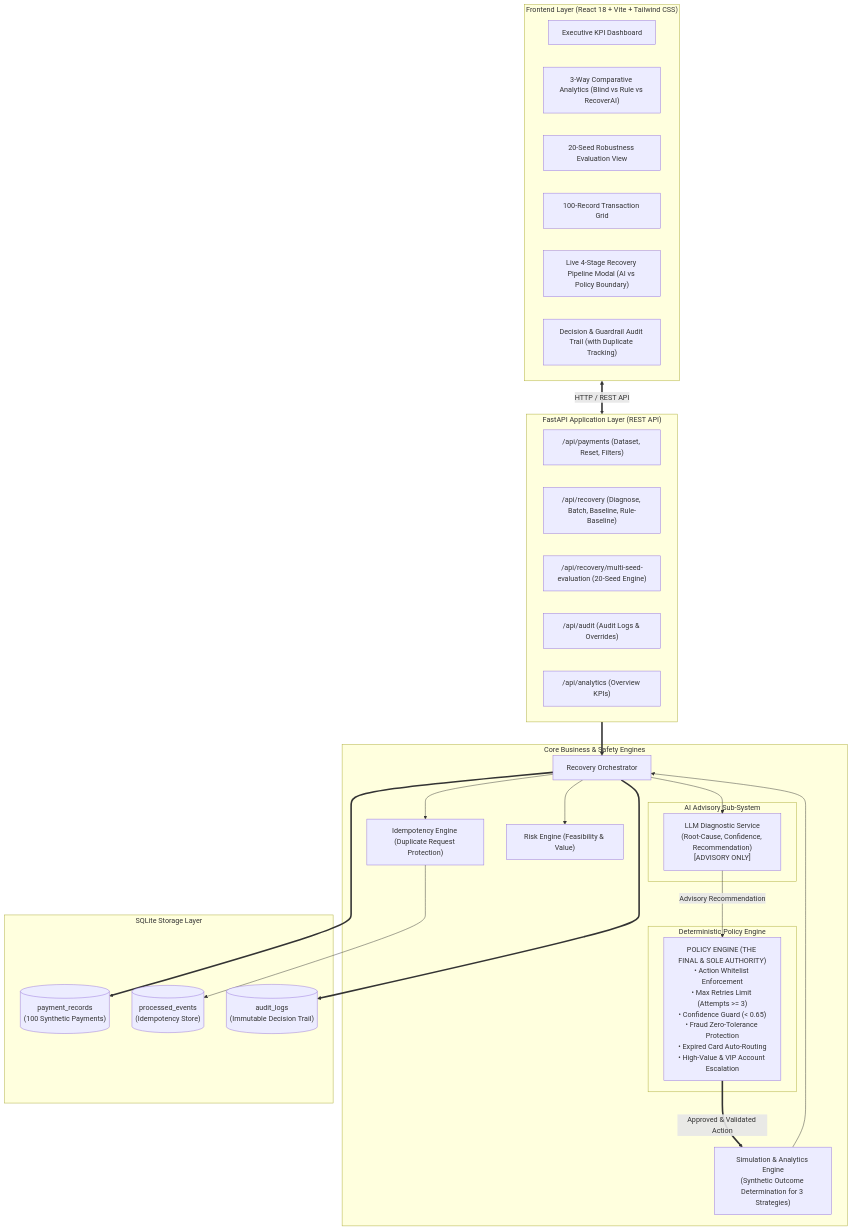
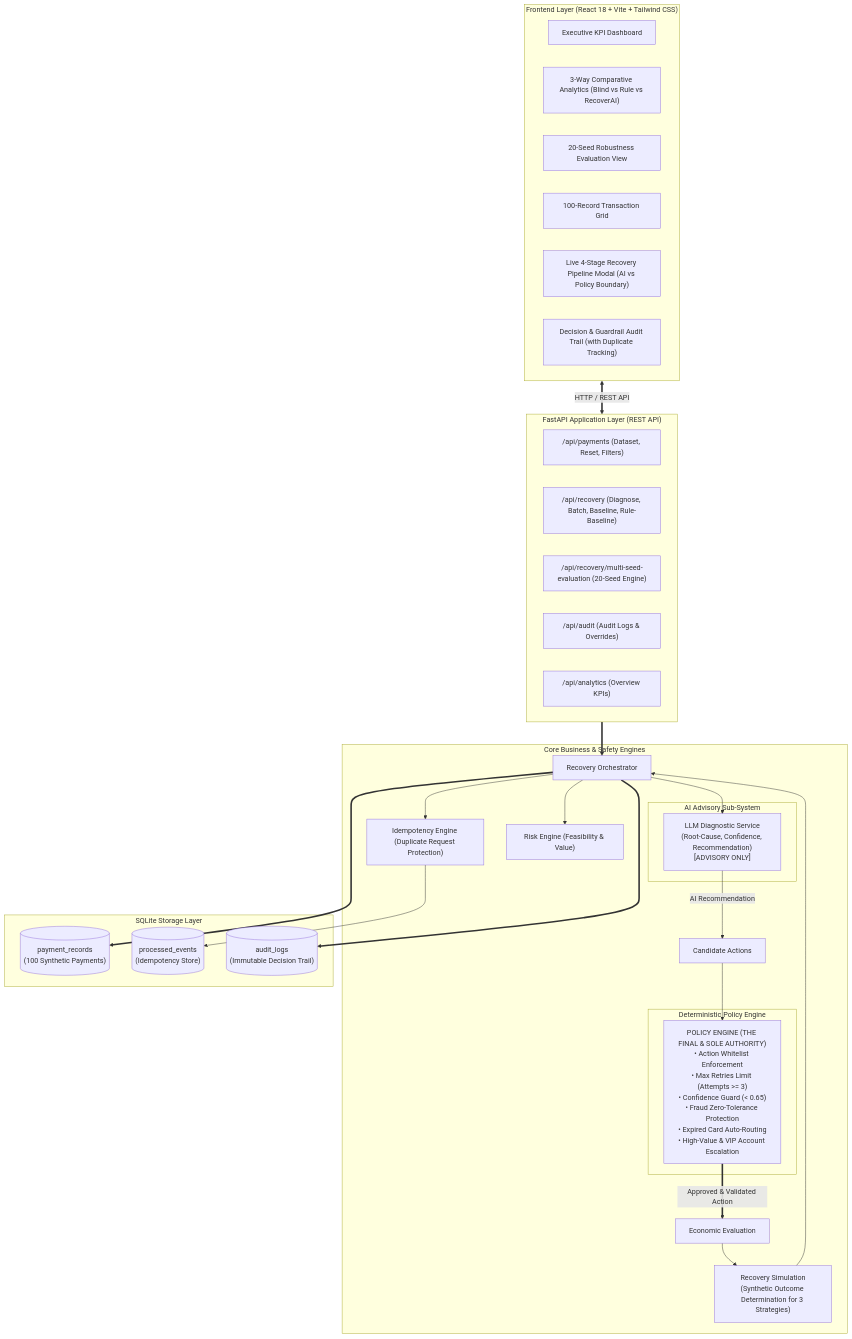
Before and after one commit to Saibikdey/RECOVERAI-P: the diagram in ARCHITECTURE.md, drawn with Mermaid. The commit also changed other lines of this file and 1 other file, not shown here.

````diff
--- a/ARCHITECTURE.md
+++ b/ARCHITECTURE.md
@@ -9,53 +9,57 @@
 ```mermaid
 flowchart TD
     subgraph Frontend_Layer ["Frontend Layer (React 18 + Vite + Tailwind CSS)"]
         UI_KPI["Executive KPI Dashboard"]
         UI_Comp["3-Way Comparative Analytics (Blind vs Rule vs RecoverAI)"]
         UI_Seed["20-Seed Robustness Evaluation View"]
         UI_Grid["100-Record Transaction Grid"]
         UI_Modal["Live 4-Stage Recovery Pipeline Modal (AI vs Policy Boundary)"]
         UI_Audit["Decision & Guardrail Audit Trail (with Duplicate Tracking)"]
     end
 
     subgraph API_Layer ["FastAPI Application Layer (REST API)"]
         API_Payments["/api/payments (Dataset, Reset, Filters)"]
         API_Recovery["/api/recovery (Diagnose, Batch, Baseline, Rule-Baseline)"]
         API_MultiSeed["/api/recovery/multi-seed-evaluation (20-Seed Engine)"]
         API_Audit["/api/audit (Audit Logs & Overrides)"]
         API_Analytics["/api/analytics (Overview KPIs)"]
     end
 
     subgraph Core_Engines ["Core Business & Safety Engines"]
         IDEMP["Idempotency Engine (Duplicate Request Protection)"]
         ORCH["Recovery Orchestrator"]
         RISK["Risk Engine (Feasibility & Value)"]
-        
+        CANDIDATES["Candidate Actions"]
+
         subgraph AI_Advisory ["AI Advisory Sub-System"]
             LLM["LLM Diagnostic Service\n(Root-Cause, Confidence, Recommendation)\n[ADVISORY ONLY]"]
         end
 
         subgraph Policy_Authority ["Deterministic Policy Engine"]
             PE["POLICY ENGINE (THE FINAL & SOLE AUTHORITY)\n• Action Whitelist Enforcement\n• Max Retries Limit (Attempts >= 3)\n• Confidence Guard (< 0.65)\n• Fraud Zero-Tolerance Protection\n• Expired Card Auto-Routing\n• High-Value & VIP Account Escalation"]
         end
 
-        SIM["Simulation & Analytics Engine\n(Synthetic Outcome Determination for 3 Strategies)"]
+        ECON["Economic Evaluation"]
+        SIM["Recovery Simulation\n(Synthetic Outcome Determination for 3 Strategies)"]
     end
 
     subgraph Storage_Layer ["SQLite Storage Layer"]
         DB_Payments[("payment_records\n(100 Synthetic Payments)")]
         DB_Events[("processed_events\n(Idempotency Store)")]
         DB_Audit[("audit_logs\n(Immutable Decision Trail)")]
     end
 
     Frontend_Layer <==>|HTTP / REST API| API_Layer
     API_Layer ==> ORCH
     ORCH --> IDEMP
     IDEMP --> DB_Events
     ORCH --> RISK
     ORCH --> LLM
-    LLM -->|Advisory Recommendation| PE
-    PE ==>|Approved & Validated Action| SIM
+    LLM -->|AI Recommendation| CANDIDATES
+    CANDIDATES --> PE
+    PE ==>|Approved & Validated Action| ECON
+    ECON --> SIM
     SIM --> ORCH
     ORCH ==> DB_Payments
     ORCH ==> DB_Audit
 ```
````
